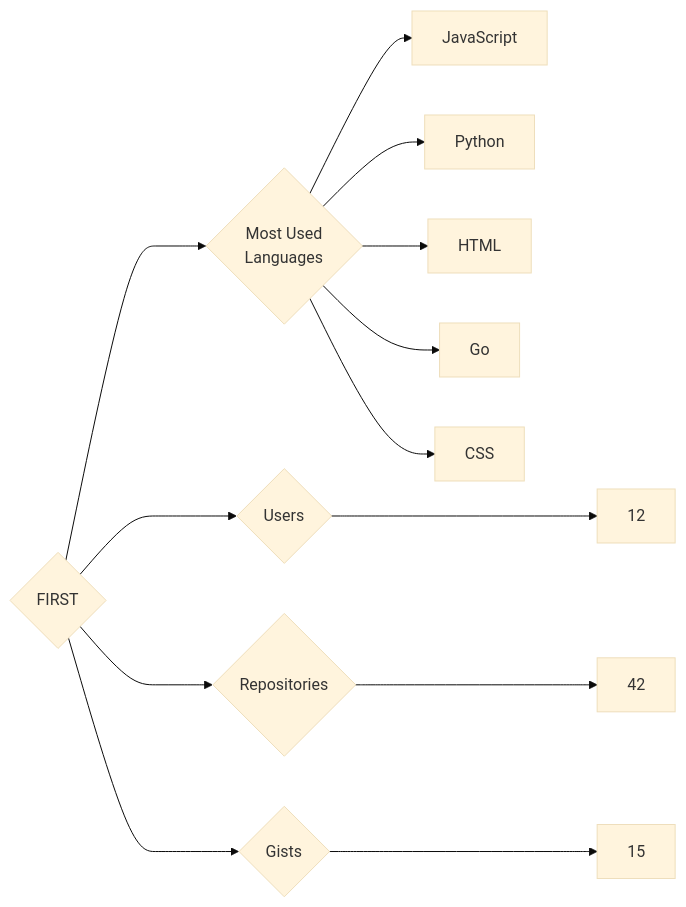
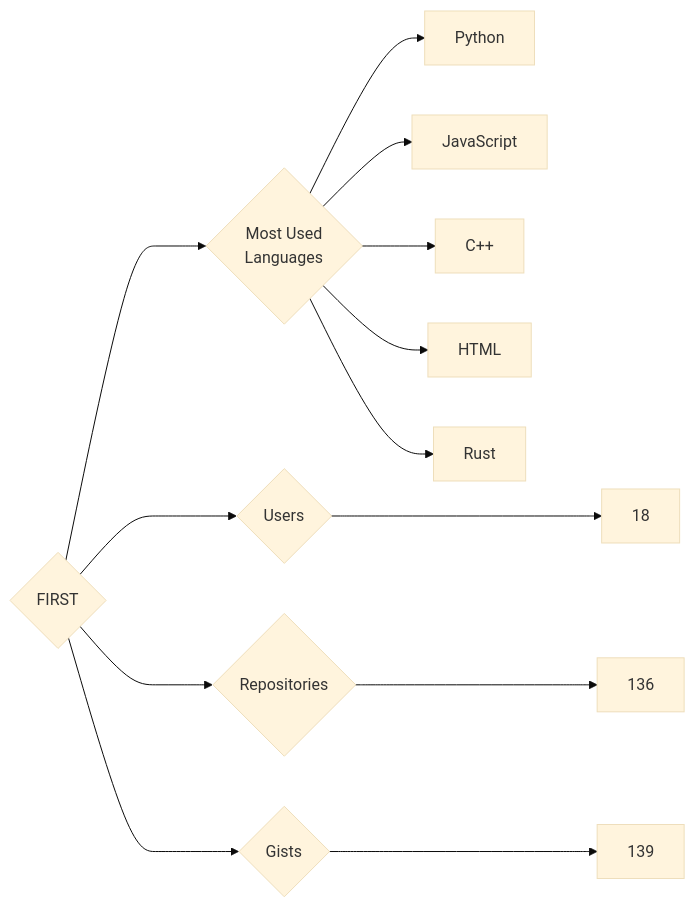
Before and after one commit to trickest/insiders: the diagram in targets/FIRST/README.md, drawn with Mermaid (base theme). The commit also changed 912 other files, not shown here.

````diff
--- a/targets/FIRST/README.md
+++ b/targets/FIRST/README.md
@@ -3,13 +3,13 @@
 ```mermaid
 graph LR
 COMPANY_NAME{FIRST}
-COMPANY_NAME ---> U{Users} ---> UN[12]
-COMPANY_NAME ---> R{Repositories} ---> RN[42]
-COMPANY_NAME ---> G{Gists} ---> GN[15]
+COMPANY_NAME ---> U{Users} ---> UN[18]
+COMPANY_NAME ---> R{Repositories} ---> RN[136]
+COMPANY_NAME ---> G{Gists} ---> GN[139]
 COMPANY_NAME ---> ML{Most Used<br>Languages}
+ML --> Python[Python]
 ML --> JavaScript[JavaScript]
-ML --> Python[Python]
+ML --> C++[C++]
 ML --> HTML[HTML]
-ML --> Go[Go]
-ML --> CSS[CSS]
+ML --> Rust[Rust]
 ```
````
